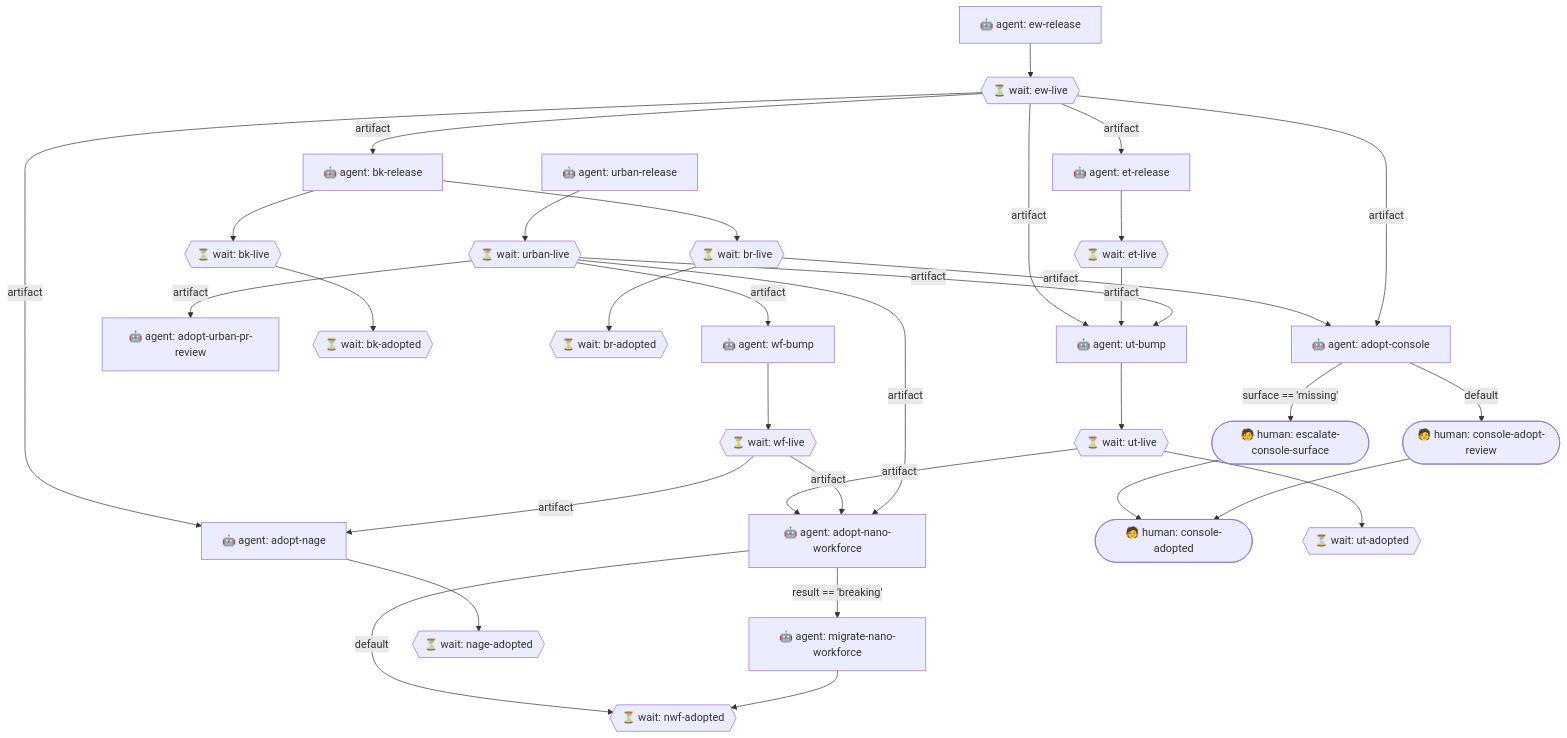
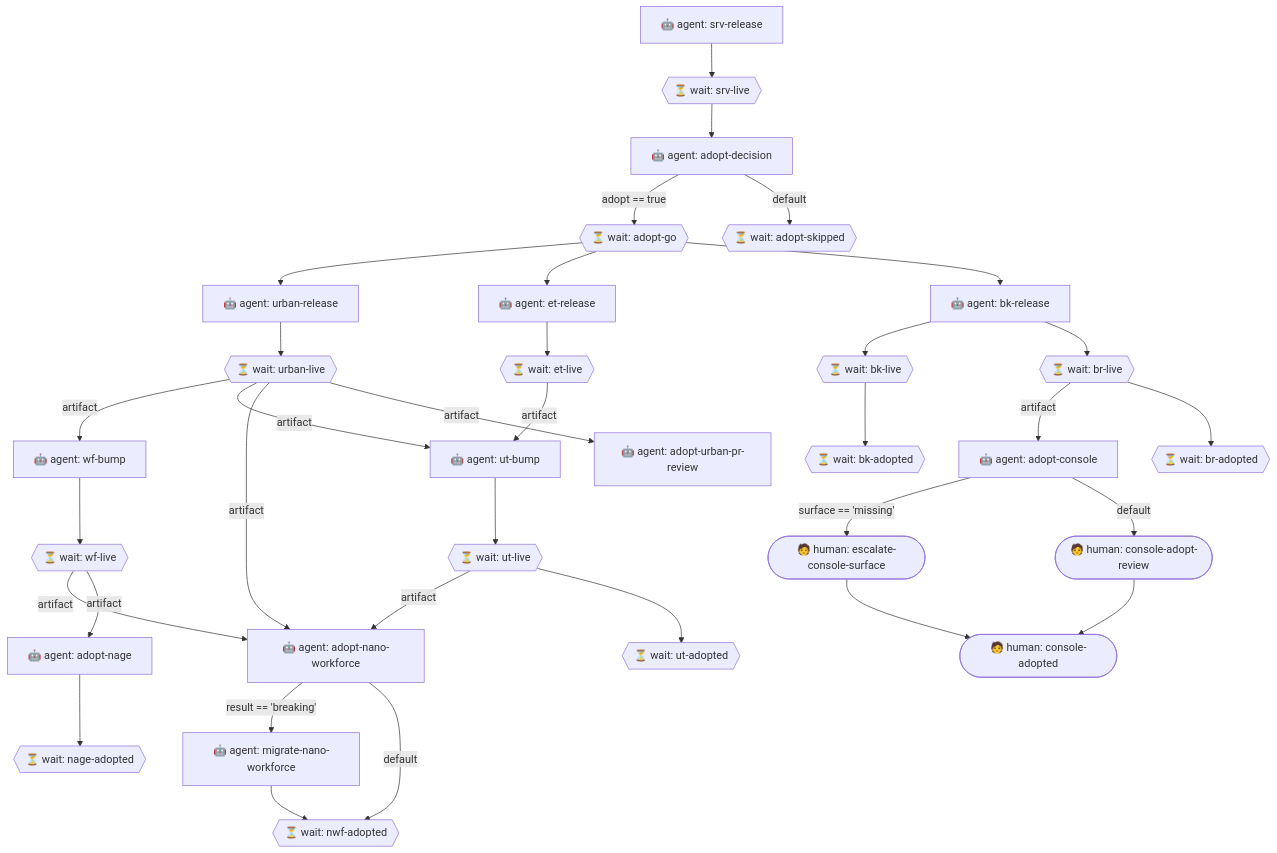
The diagram in docs/graph.mmd (nanobpm/wasm-engine-release-graph), drawn with Mermaid before and after one commit. The commit also changed 2 other files, not shown here.

Commit message:
feat(graph): one server-release graph with conditional downstream adoption (#5)
* feat(graph): one server-release graph with conditional downstream adoption

engine-wasm now shares the server version and v* tag (nano-bpm#1872), so the
release event is the server release; everything downstream is adoption of it.

- srv-release: gateway release per RELEASE.md, no separate engine-wasm bump
- srv-live: engine-wasm live at the latest server release version (the old
  ew-live npm probe had no version and passed on any prior publish)
- adopt-decision emits adopt:boolean (range does not admit V, engine-wasm
  surface/ABI changed, or adopt-downstream label); adoption train runs only
  when true
- downstream prompts declare tilde ranges (~0.0.x; ^0.0.x pins one version)
- console no longer bumps engine-wasm (it embeds the same-commit engine)

Needs nanobpm/nano-workforce#1083 to compile.

* docs(graph): coupled versions start at v0.12.0 (engine-wasm 0.1.0-0.11.2 already published)

```diff
--- a/docs/graph.mmd
+++ b/docs/graph.mmd
@@ -1,60 +1,64 @@
 flowchart TD
-  %% nano ecosystem release delivery graph
+  %% nano server release (gateway + engine-wasm) with conditional downstream adoption
   adopt-console["🤖 agent: adopt-console"]
+  adopt-decision["🤖 agent: adopt-decision"]
+  adopt-go{{"⏳ wait: adopt-go"}}
   adopt-nage["🤖 agent: adopt-nage"]
   adopt-nano-workforce["🤖 agent: adopt-nano-workforce"]
+  adopt-skipped{{"⏳ wait: adopt-skipped"}}
   adopt-urban-pr-review["🤖 agent: adopt-urban-pr-review"]
   bk-adopted{{"⏳ wait: bk-adopted"}}
   bk-live{{"⏳ wait: bk-live"}}
   bk-release["🤖 agent: bk-release"]
   br-adopted{{"⏳ wait: br-adopted"}}
   br-live{{"⏳ wait: br-live"}}
   console-adopt-review(["🧑 human: console-adopt-review"])
   console-adopted(["🧑 human: console-adopted"])
   escalate-console-surface(["🧑 human: escalate-console-surface"])
   et-live{{"⏳ wait: et-live"}}
   et-release["🤖 agent: et-release"]
-  ew-live{{"⏳ wait: ew-live"}}
-  ew-release["🤖 agent: ew-release"]
   migrate-nano-workforce["🤖 agent: migrate-nano-workforce"]
   nage-adopted{{"⏳ wait: nage-adopted"}}
   nwf-adopted{{"⏳ wait: nwf-adopted"}}
+  srv-live{{"⏳ wait: srv-live"}}
+  srv-release["🤖 agent: srv-release"]
   urban-live{{"⏳ wait: urban-live"}}
   urban-release["🤖 agent: urban-release"]
   ut-adopted{{"⏳ wait: ut-adopted"}}
   ut-bump["🤖 agent: ut-bump"]
   ut-live{{"⏳ wait: ut-live"}}
   wf-bump["🤖 agent: wf-bump"]
   wf-live{{"⏳ wait: wf-live"}}
-  ew-release --> ew-live
-  ew-live -- "artifact" --> et-release
+  srv-release --> srv-live
+  srv-live --> adopt-decision
+  adopt-decision -- "adopt == true" --> adopt-go
+  adopt-decision -- "default" --> adopt-skipped
+  adopt-go --> urban-release
+  adopt-go --> et-release
   et-release --> et-live
-  ew-live -- "artifact" --> bk-release
+  adopt-go --> bk-release
   bk-release --> bk-live
   urban-release --> urban-live
   urban-live -- "artifact" --> wf-bump
   wf-bump --> wf-live
-  ew-live -- "artifact" --> ut-bump
   et-live -- "artifact" --> ut-bump
   urban-live -- "artifact" --> ut-bump
   ut-bump --> ut-live
   br-live -- "artifact" --> adopt-console
-  ew-live -- "artifact" --> adopt-console
   adopt-console -- "surface == 'missing'" --> escalate-console-surface
   adopt-console -- "default" --> console-adopt-review
   escalate-console-surface --> console-adopted
   console-adopt-review --> console-adopted
   ut-live -- "artifact" --> adopt-nano-workforce
   wf-live -- "artifact" --> adopt-nano-workforce
   urban-live -- "artifact" --> adopt-nano-workforce
   bk-live --> bk-adopted
   br-live --> br-adopted
   ut-live --> ut-adopted
   adopt-nano-workforce -- "result == 'breaking'" --> migrate-nano-workforce
   adopt-nano-workforce -- "default" --> nwf-adopted
   migrate-nano-workforce --> nwf-adopted
   urban-live -- "artifact" --> adopt-urban-pr-review
   bk-release --> br-live
-  ew-live -- "artifact" --> adopt-nage
   wf-live -- "artifact" --> adopt-nage
   adopt-nage --> nage-adopted
```
